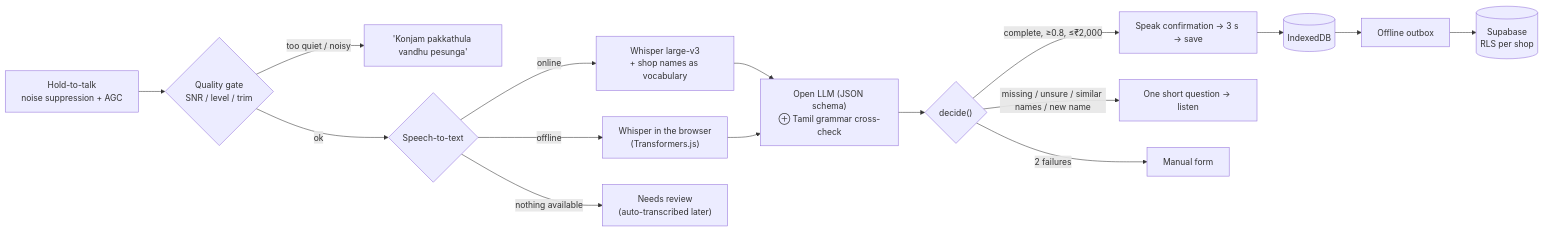
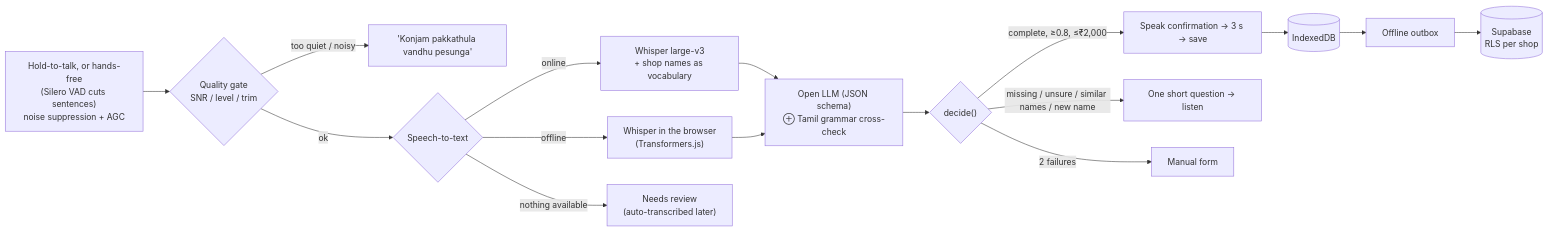
Before and after one commit to Hemanth05065/kadan-kanakku: the diagram in README.md, drawn with Mermaid. The commit also changed other lines of this file and 18 other files, not shown here.

First line of the commit message:
Hands-free mode: just talk, no button to hold

````diff
--- a/README.md
+++ b/README.md
@@ -67,15 +70,15 @@
 ```mermaid
 flowchart LR
-  Mic["Hold-to-talk<br/>noise suppression + AGC"] --> Gate{"Quality gate<br/>SNR / level / trim"}
+  Mic["Hold-to-talk, or hands-free<br/>(Silero VAD cuts sentences)<br/>noise suppression + AGC"] --> Gate{"Quality gate<br/>SNR / level / trim"}
   Gate -- "too quiet / noisy" --> Ask["'Konjam pakkathula vandhu pesunga'"]
   Gate -- ok --> STT{"Speech-to-text"}
   STT -- online --> W1["Whisper large-v3<br/>+ shop names as vocabulary"]
   STT -- offline --> W2["Whisper in the browser<br/>(Transformers.js)"]
   STT -- nothing available --> NR["Needs review<br/>(auto-transcribed later)"]
   W1 & W2 --> NLU["Open LLM (JSON schema)<br/>⊕ Tamil grammar cross-check"]
   NLU --> D{"decide()"}
   D -- "complete, ≥0.8, ≤₹2,000" --> Save["Speak confirmation → 3 s → save"]
   D -- missing / unsure / similar names / new name --> Q["One short question → listen"]
   D -- "2 failures" --> Form["Manual form"]
   Save --> IDB[("IndexedDB")] --> Outbox["Offline outbox"] --> SB[("Supabase<br/>RLS per shop")]
 ```
````
